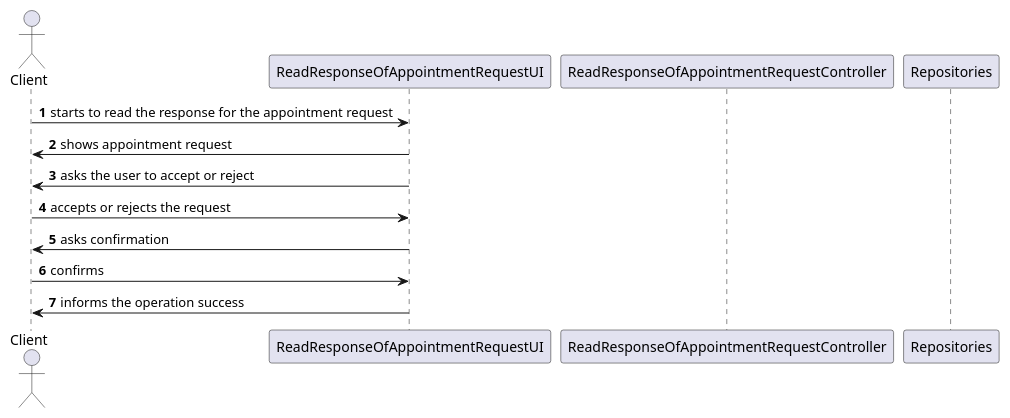
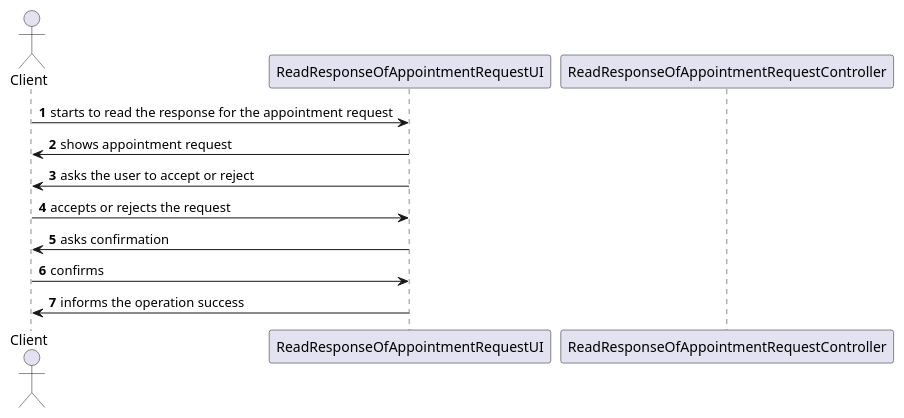
One commit to tiagohcorreia/LAPR2 changed the diagram in docs/sprintD/US020/03.design/puml/SD.puml. Above: the diagram before and after it, drawn with PlantUML. The commit also changed 4 other files, not shown here.

Commit message:
US020 - Class Diagram updated

```diff
--- a/docs/sprintD/US020/03.design/puml/SD.puml
+++ b/docs/sprintD/US020/03.design/puml/SD.puml
@@ -1,25 +1,23 @@
 @startuml
 
 actor Client as client
 participant ReadResponseOfAppointmentRequestUI as ui
 participant ReadResponseOfAppointmentRequestController as controller
-participant Repositories as repo
 
 autonumber
 
 client -> ui: starts to read the response for the appointment request
 
 ui -> client: shows appointment request
 
 ui -> client: asks the user to accept or reject
 
 client -> ui: accepts or rejects the request
 
 ui -> client: asks confirmation
 
 client -> ui: confirms
 
 ui -> client: informs the operation success
 
-
 @enduml
```
